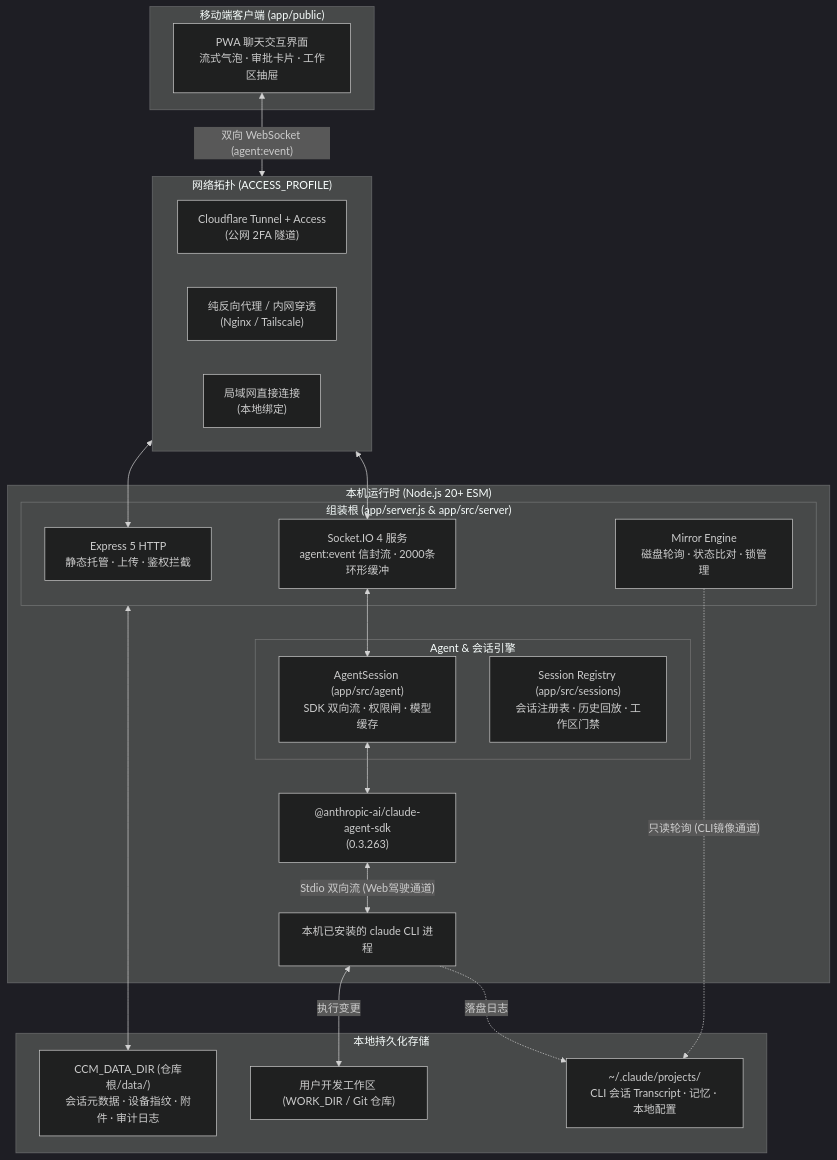
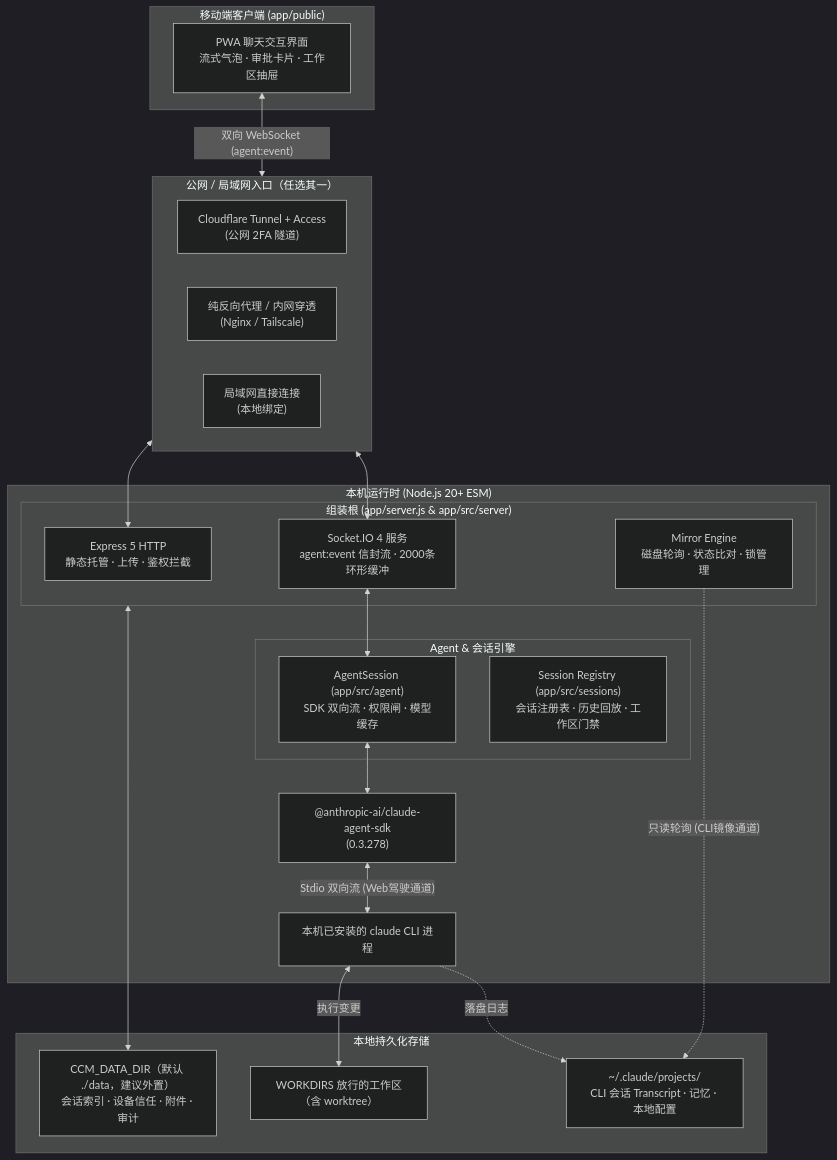
Before and after one commit to Ike-li/claude-chat-mobile: the diagram in docs-site/pages/architecture.md, drawn with Mermaid (dark theme). The commit also changed other lines of this file and 88 other files, not shown here.

````diff
--- a/docs-site/pages/architecture.md
+++ b/docs-site/pages/architecture.md
@@ -14,44 +14,44 @@
 ```mermaid
 flowchart TB
   subgraph Client["移动端客户端 (app/public)"]
     UI["PWA 聊天交互界面\n流式气泡 · 审批卡片 · 工作区抽屉"]
   end
 
-  subgraph Network["网络拓扑 (ACCESS_PROFILE)"]
+  subgraph Network["公网 / 局域网入口（任选其一）"]
     CF["Cloudflare Tunnel + Access\n(公网 2FA 隧道)"]
     RP["纯反向代理 / 内网穿透\n(Nginx / Tailscale)"]
     LAN["局域网直接连接\n(本地绑定)"]
   end
 
   subgraph Runtime["本机运行时 (Node.js 20+ ESM)"]
     subgraph HostServer["组装根 (app/server.js & app/src/server)"]
       HTTP["Express 5 HTTP\n静态托管 · 上传 · 鉴权拦截"]
       WS["Socket.IO 4 服务\nagent:event 信封流 · 2000条环形缓冲"]
       MirrorEng["Mirror Engine\n磁盘轮询 · 状态比对 · 锁管理"]
     end
 
     subgraph CoreEngine["Agent & 会话引擎"]
       Agent["AgentSession (app/src/agent)\nSDK 双向流 · 权限闸 · 模型缓存"]
       SessMgr["Session Registry (app/src/sessions)\n会话注册表 · 历史回放 · 工作区门禁"]
     end
 
-    SDK["@anthropic-ai/claude-agent-sdk\n(0.3.263)"]
+    SDK["@anthropic-ai/claude-agent-sdk\n(0.3.278)"]
     CLI["本机已安装的 claude CLI 进程"]
   end
 
   subgraph LocalStorage["本地持久化存储"]
-    DataDir["CCM_DATA_DIR (仓库根/data/)\n会话元数据 · 设备指纹 · 附件 · 审计日志"]
+    DataDir["CCM_DATA_DIR（默认 ./data，建议外置）\n会话索引 · 设备信任 · 附件 · 审计"]
     ClaudeHome["~/.claude/projects/\nCLI 会话 Transcript · 记忆 · 本地配置"]
-    WorkTree["用户开发工作区 (WORK_DIR / Git 仓库)"]
+    WorkTree["WORKDIRS 放行的工作区（含 worktree）"]
   end
 
   UI <-->|"双向 WebSocket (agent:event)"| Network
   Network <--> HTTP & WS
   WS <--> Agent
   Agent <--> SDK
   SDK <-->|"Stdio 双向流 (Web驾驶通道)"| CLI
   CLI <-->|"执行变更"| WorkTree
   CLI -.->|"落盘日志"| ClaudeHome
   MirrorEng -.->|"只读轮询 (CLI镜像通道)"| ClaudeHome
   HostServer <--> DataDir
 ```
````
